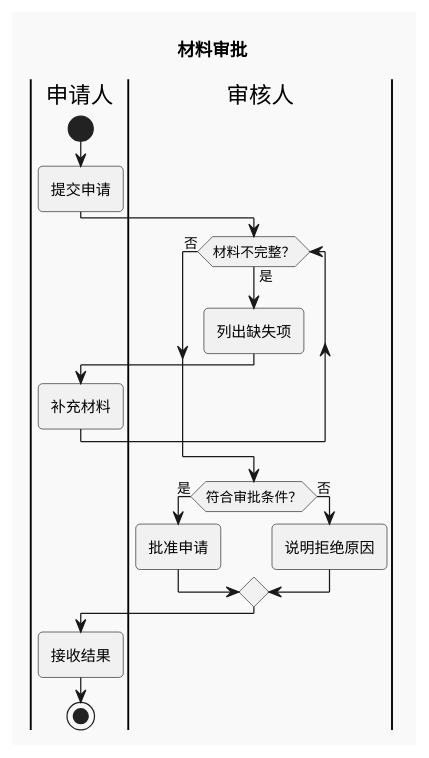
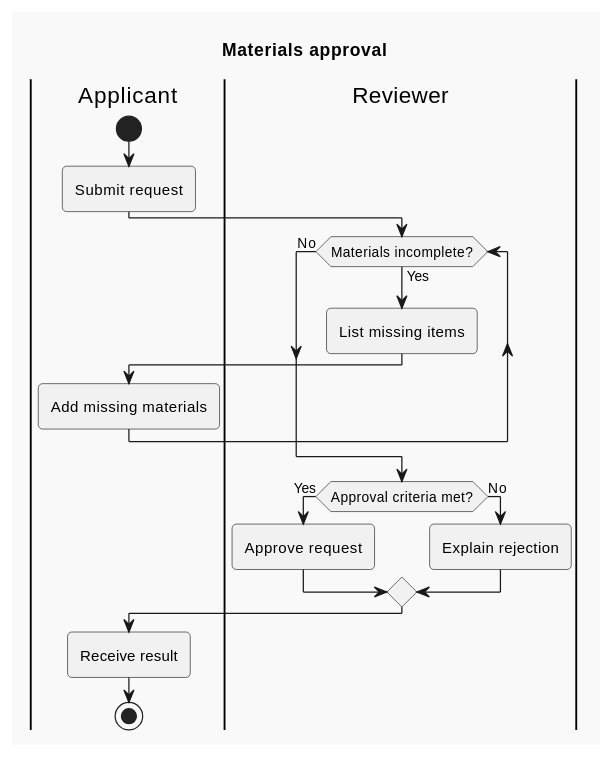
The second of 3 diagrams in skills/fuxian-diagram/references/plantuml/activity-swimlanes.md (def-peter/fuxian), drawn with PlantUML before and after one commit. The commit also changed other lines of this file and 43 other files, not shown here.

Commit message:
feat(skills): internationalize diagram guides and expand type selection

````diff
--- a/skills/fuxian-diagram/references/plantuml/activity-swimlanes.md
+++ b/skills/fuxian-diagram/references/plantuml/activity-swimlanes.md
@@ -42,24 +42,24 @@
 ```plantuml
 @startuml
 !theme mars
-title 材料审批
-|申请人|
+title Materials approval
+|Applicant|
 start
-:提交申请;
-|审核人|
-while (材料不完整？) is (是)
-  :列出缺失项;
-  |申请人|
-  :补充材料;
-  |审核人|
-endwhile (否)
-if (符合审批条件？) then (是)
-  :批准申请;
-else (否)
-  :说明拒绝原因;
+:Submit request;
+|Reviewer|
+while (Materials incomplete?) is (Yes)
+  :List missing items;
+  |Applicant|
+  :Add missing materials;
+  |Reviewer|
+endwhile (No)
+if (Approval criteria met?) then (Yes)
+  :Approve request;
+else (No)
+  :Explain rejection;
 endif
-|申请人|
-:接收结果;
+|Applicant|
+:Receive result;
 stop
 @enduml
 ```
````
